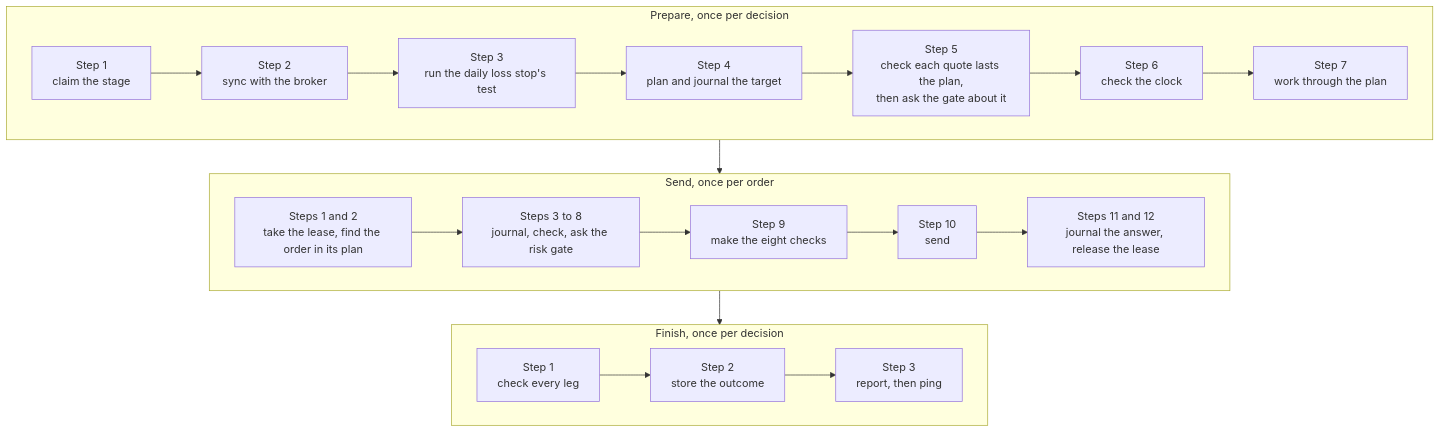
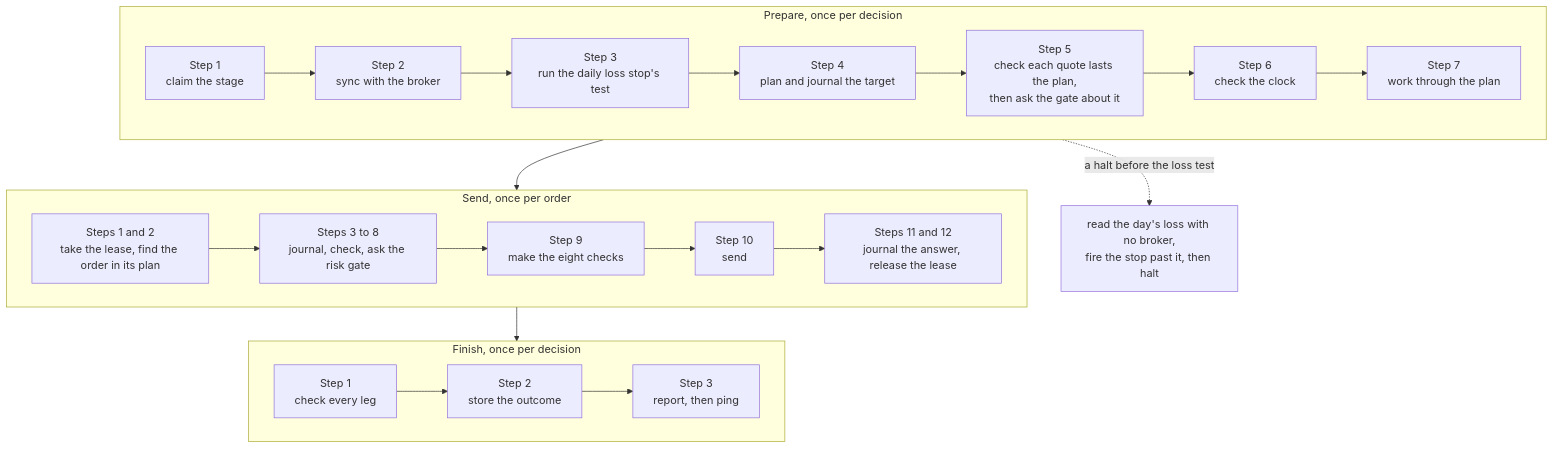
Before and after one commit to l3a0/ithildin-runtime: the ninth of 18 diagrams in docs/architecture/06-runtime.md, drawn with Mermaid. The commit also changed other lines of this file and 22 other files, not shown here.

First line of the commit message:
fix(execution): read the day's loss on a halt before step 5, so a loss past the stop latches (#265)

````diff
--- a/docs/architecture/06-runtime.md
+++ b/docs/architecture/06-runtime.md
@@ -630,17 +631,18 @@
 ```mermaid
 flowchart TB
     subgraph prepare["Prepare, once per decision"]
         direction LR
         a1["Step 1<br/>claim the stage"] --> a2["Step 2<br/>sync with the broker"] --> a3["Step 3<br/>run the daily loss stop's test"] --> a4["Step 4<br/>plan and journal the target"] --> a5["Step 5<br/>check each quote lasts the plan,<br/>then ask the gate about it"] --> a6["Step 6<br/>check the clock"] --> a7["Step 7<br/>work through the plan"]
     end
     subgraph each["Send, once per order"]
         direction LR
         b1["Steps 1 and 2<br/>take the lease, find the order in its plan"] --> b2["Steps 3 to 8<br/>journal, check, ask the risk gate"] --> b3["Step 9<br/>make the eight checks"] --> b4["Step 10<br/>send"] --> b5["Steps 11 and 12<br/>journal the answer, release the lease"]
     end
     subgraph finish["Finish, once per decision"]
         direction LR
         c1["Step 1<br/>check every leg"] --> c2["Step 2<br/>store the outcome"] --> c3["Step 3<br/>report, then ping"]
     end
+    a2 -.->|"a halt before the loss test"| h["read the day's loss with no broker,<br/>fire the stop past it, then halt"]
     prepare --> each
     each --> finish
 ```
````
